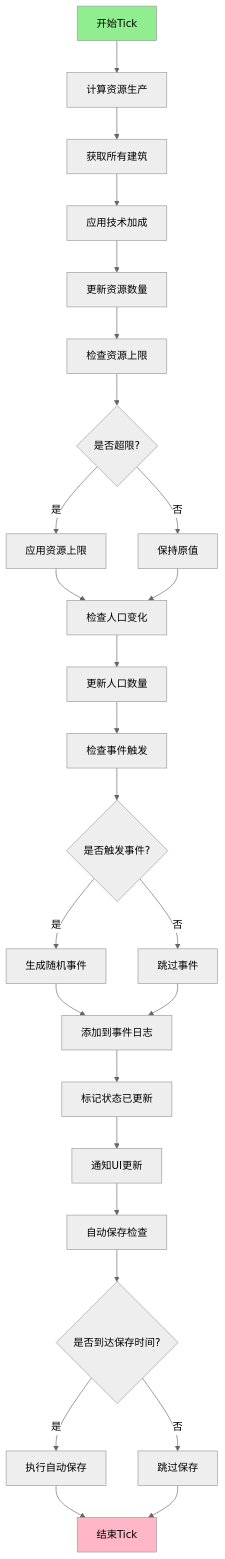
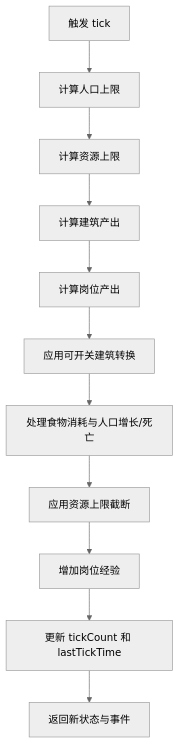
Diagram 11 of 13 in docs/02_系统建模报告.md (kaito387/puppies-game), drawn with Mermaid (neutral theme) before and after one commit. The commit also changed other lines of this file and 7 other files, not shown here.

````diff
--- a/docs/02_系统建模报告.md
+++ b/docs/02_系统建模报告.md
@@ -395,39 +325,13 @@
 ```mermaid
-graph TD
-    A["开始Tick"] --> B["计算资源生产"]
-    B --> C["获取所有建筑"]
-    C --> D["应用技术加成"]
-    D --> E["更新资源数量"]
-    E --> F["检查资源上限"]
-
-    F --> G{"是否超限?"}
-    G -->|是| H["应用资源上限"]
-    G -->|否| I["保持原值"]
-
-    H --> J["检查人口变化"]
-    I --> J
-
-    J --> K["更新人口数量"]
-    K --> L["检查事件触发"]
-
-    L --> M{"是否触发事件?"}
-    M -->|是| N["生成随机事件"]
-    M -->|否| O["跳过事件"]
-
-    N --> P["添加到事件日志"]
-    O --> P
-
-    P --> Q["标记状态已更新"]
-    Q --> R["通知UI更新"]
-    R --> S["自动保存检查"]
-
-    S --> T{"是否到达保存时间?"}
-    T -->|是| U["执行自动保存"]
-    T -->|否| V["跳过保存"]
-
-    U --> W["结束Tick"]
-    V --> W
-
-    style A fill:#90ee90
-    style W fill:#ffb6c6
+flowchart TD
+  A["触发 tick"] --> B["计算人口上限"]
+  B --> C["计算资源上限"]
+  C --> D["计算建筑产出"]
+  D --> E["计算岗位产出"]
+  E --> F["应用可开关建筑转换"]
+  F --> G["处理食物消耗与人口增长/死亡"]
+  G --> H["应用资源上限截断"]
+  H --> I["增加岗位经验"]
+  I --> J["更新 tickCount 和 lastTickTime"]
+  J --> K["返回新状态与事件"]
 ```
````
